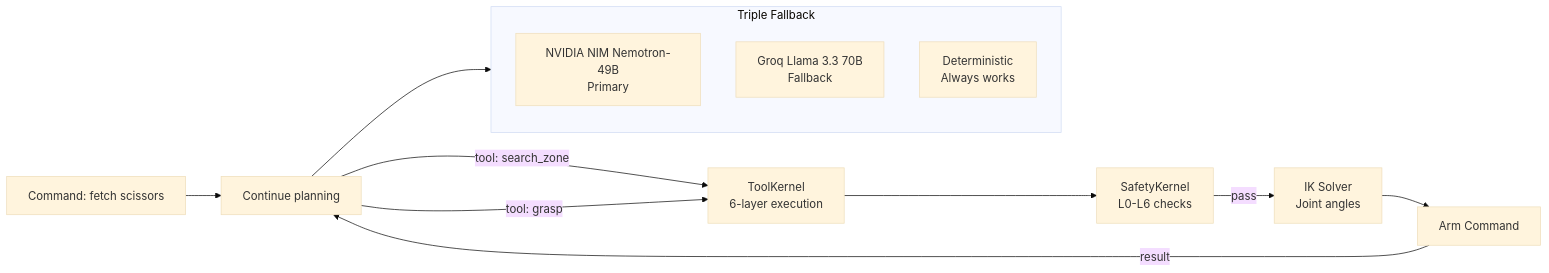
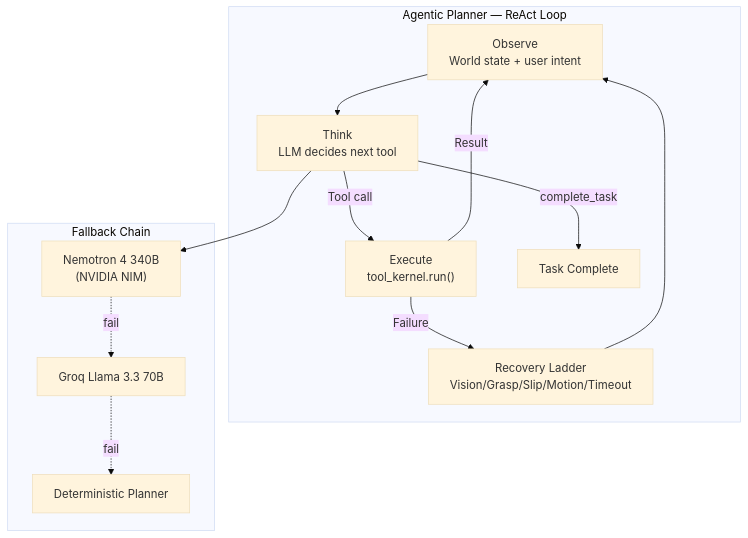
Before and after one commit to sarv-projects/study: the fourth of 6 diagrams in soundhound_prep/12_ACARE_Deep_Dive.md, drawn with Mermaid (base theme). The commit also changed other lines of this file and 2 other files, not shown here.

````diff
--- a/soundhound_prep/12_ACARE_Deep_Dive.md
+++ b/soundhound_prep/12_ACARE_Deep_Dive.md
@@ -231,18 +469,21 @@
 ```mermaid
-flowchart LR
-    CMD["Command: fetch scissors"] --> LLM["LLM Planner"]
-    LLM -->|"tool: search_zone"| TK["ToolKernel<br/>6-layer execution"]
-    TK --> SK["SafetyKernel<br/>L0-L6 checks"]
-    SK -->|"pass"| IK["IK Solver<br/>Joint angles"]
-    IK --> ARM["Arm Command"]
-    ARM -->|"result"| LLM["Continue planning"]
-    LLM -->|"tool: grasp"| TK
-    
-    subgraph Fallback["Triple Fallback"]
-        NIM["NVIDIA NIM Nemotron-49B<br/>Primary"]
-        G["Groq Llama 3.3 70B<br/>Fallback"]
-        DET["Deterministic<br/>Always works"]
+flowchart TD
+    subgraph "Agentic Planner — ReAct Loop"
+        OBS["Observe<br/>World state + user intent"] --> THINK["Think<br/>LLM decides next tool"]
+        THINK -->|"Tool call"| EXEC["Execute<br/>tool_kernel.run()"]
+        EXEC -->|"Result"| OBS
+        EXEC -->|"Failure"| REC["Recovery Ladder<br/>Vision/Grasp/Slip/Motion/Timeout"]
+        REC --> OBS
+        THINK -->|"complete_task"| DONE["Task Complete"]
     end
     
-    LLM --> Fallback
+    subgraph "Fallback Chain"
+        P["Nemotron 4 340B<br/>(NVIDIA NIM)"]
+        F1["Groq Llama 3.3 70B"]
+        F2["Deterministic Planner"]
+    end
+    
+    THINK --> P
+    P -.->|"fail"| F1
+    F1 -.->|"fail"| F2
 ```
````
